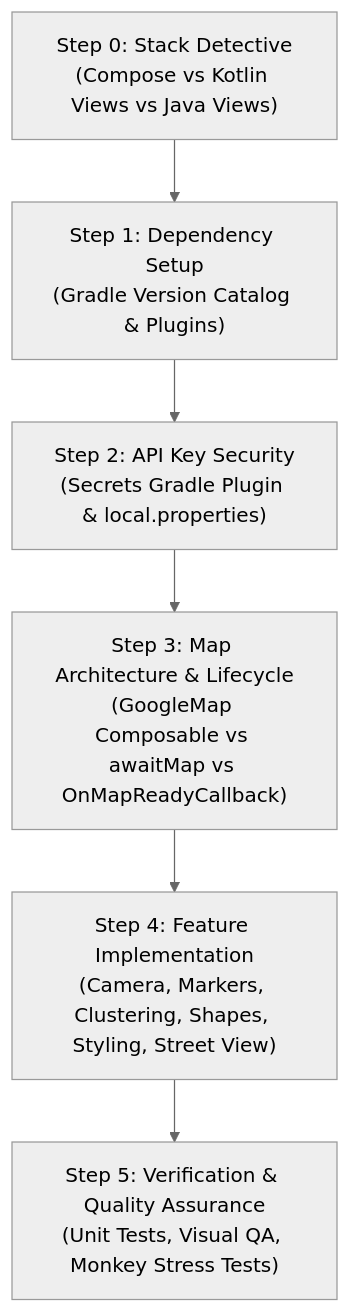
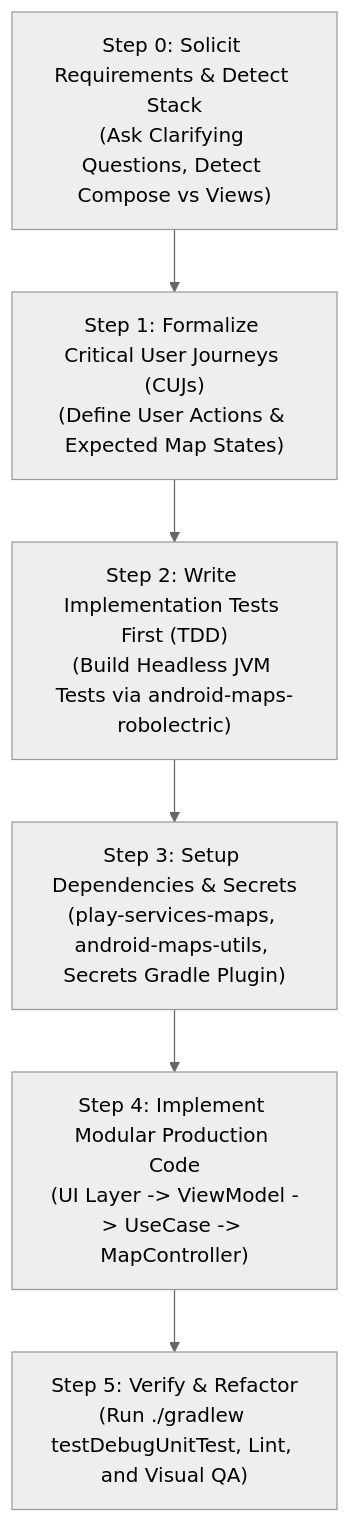
One commit to googlemaps-samples/android-samples changed the diagram in .gemini/skills/android-maps-sdk/SKILL.md. Above: the diagram before and after it, drawn with Mermaid (neutral theme). The commit also changed other lines of this file and 2 other files, not shown here.

Commit message:
feat(skills): augment android-maps-sdk with TDD, CUJs, robolectric testing, and modular architecture

````diff
--- a/.gemini/skills/android-maps-sdk/SKILL.md
+++ b/.gemini/skills/android-maps-sdk/SKILL.md
@@ -36,8 +73,8 @@
 ```mermaid
 flowchart TD
-    Step0["Step 0: Stack Detective\n(Compose vs Kotlin Views vs Java Views)"] --> Step1["Step 1: Dependency Setup\n(Gradle Version Catalog & Plugins)"]
-    Step1 --> Step2["Step 2: API Key Security\n(Secrets Gradle Plugin & local.properties)"]
-    Step2 --> Step3["Step 3: Map Architecture & Lifecycle\n(GoogleMap Composable vs awaitMap vs OnMapReadyCallback)"]
-    Step3 --> Step4["Step 4: Feature Implementation\n(Camera, Markers, Clustering, Shapes, Styling, Street View)"]
-    Step4 --> Step5["Step 5: Verification & Quality Assurance\n(Unit Tests, Visual QA, Monkey Stress Tests)"]
+    Step0["Step 0: Solicit Requirements & Detect Stack\n(Ask Clarifying Questions, Detect Compose vs Views)"] --> Step1["Step 1: Formalize Critical User Journeys (CUJs)\n(Define User Actions & Expected Map States)"]
+    Step1 --> Step2["Step 2: Write Implementation Tests First (TDD)\n(Build Headless JVM Tests via android-maps-robolectric)"]
+    Step2 --> Step3["Step 3: Setup Dependencies & Secrets\n(play-services-maps, android-maps-utils, Secrets Gradle Plugin)"]
+    Step3 --> Step4["Step 4: Implement Modular Production Code\n(UI Layer -> ViewModel -> UseCase -> MapController)"]
+    Step4 --> Step5["Step 5: Verify & Refactor\n(Run ./gradlew testDebugUnitTest, Lint, and Visual QA)"]
 ```
````
